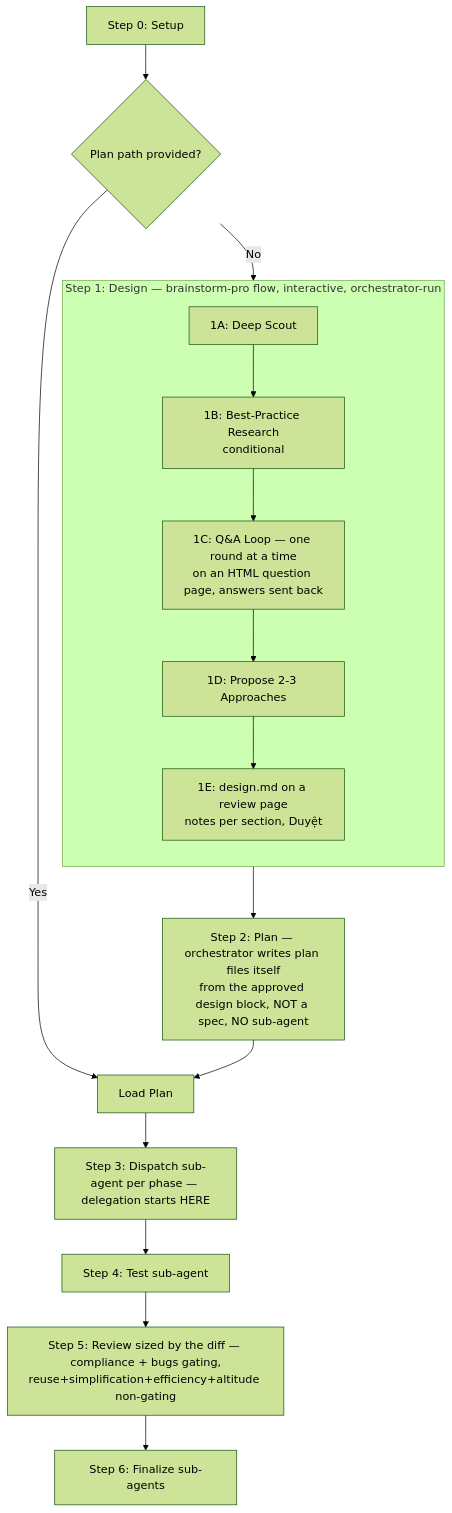
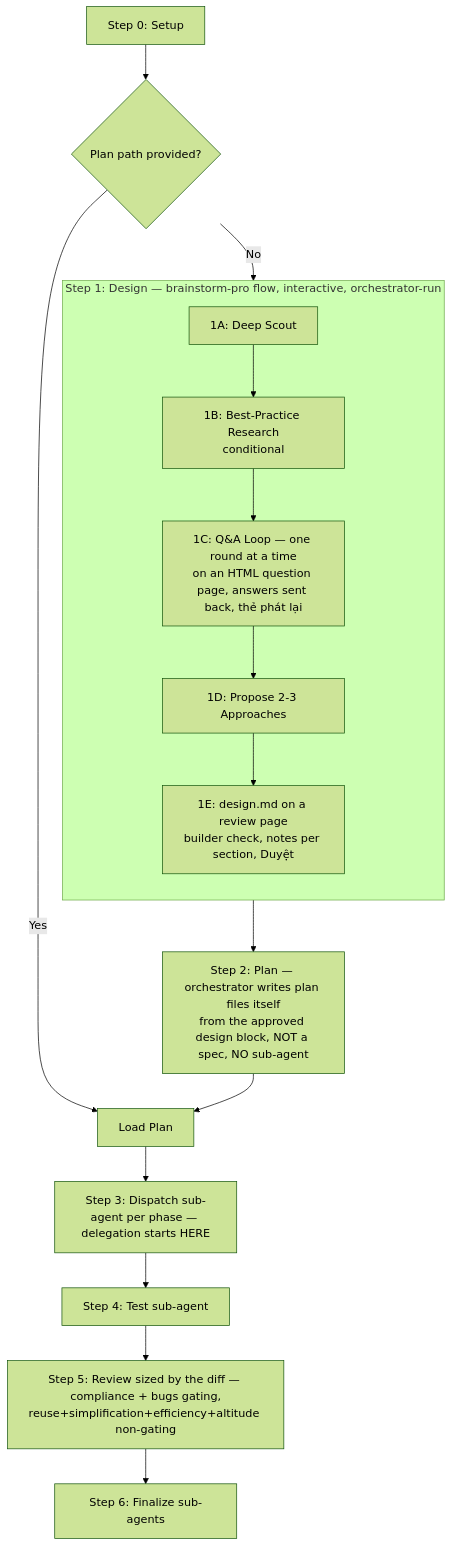
One commit to dphong1995/skills changed the diagram in skills/cook/SKILL.md. Above: the diagram before and after it, drawn with Mermaid (forest theme). The commit also changed other lines of this file and 9 other files, not shown here.

Commit message:
Share brainstorm-pro's design flow with cook and add a builder check, playback card and Nguồn column

````diff
--- a/skills/cook/SKILL.md
+++ b/skills/cook/SKILL.md
@@ -91,19 +91,19 @@
 ```mermaid
 flowchart TD
     A[Step 0: Setup] --> B{Plan path provided?}
     B -->|Yes| F[Load Plan]
     B -->|No| C1
     subgraph S1[Step 1: Design — brainstorm-pro flow, interactive, orchestrator-run]
       direction TB
       C1[1A: Deep Scout] --> C2[1B: Best-Practice Research<br/>conditional]
-      C2 --> C3[1C: Q&A Loop — one round at a time<br/>on an HTML question page, answers sent back]
+      C2 --> C3[1C: Q&A Loop — one round at a time<br/>on an HTML question page, answers sent back, thẻ phát lại]
       C3 --> C4[1D: Propose 2-3 Approaches]
-      C4 --> C5[1E: design.md on a review page<br/>notes per section, Duyệt]
+      C4 --> C5[1E: design.md on a review page<br/>builder check, notes per section, Duyệt]
     end
     C5 --> D[Step 2: Plan — orchestrator writes plan files itself<br/>from the approved design block, NOT a spec, NO sub-agent]
     D --> F
     F --> H[Step 3: Dispatch sub-agent per phase — delegation starts HERE]
     H --> K[Step 4: Test sub-agent]
     K --> Rev[Step 5: Review sized by the diff — compliance + bugs gating,<br/>reuse+simplification+efficiency+altitude non-gating]
     Rev --> L[Step 6: Finalize sub-agents]
 ```
````
